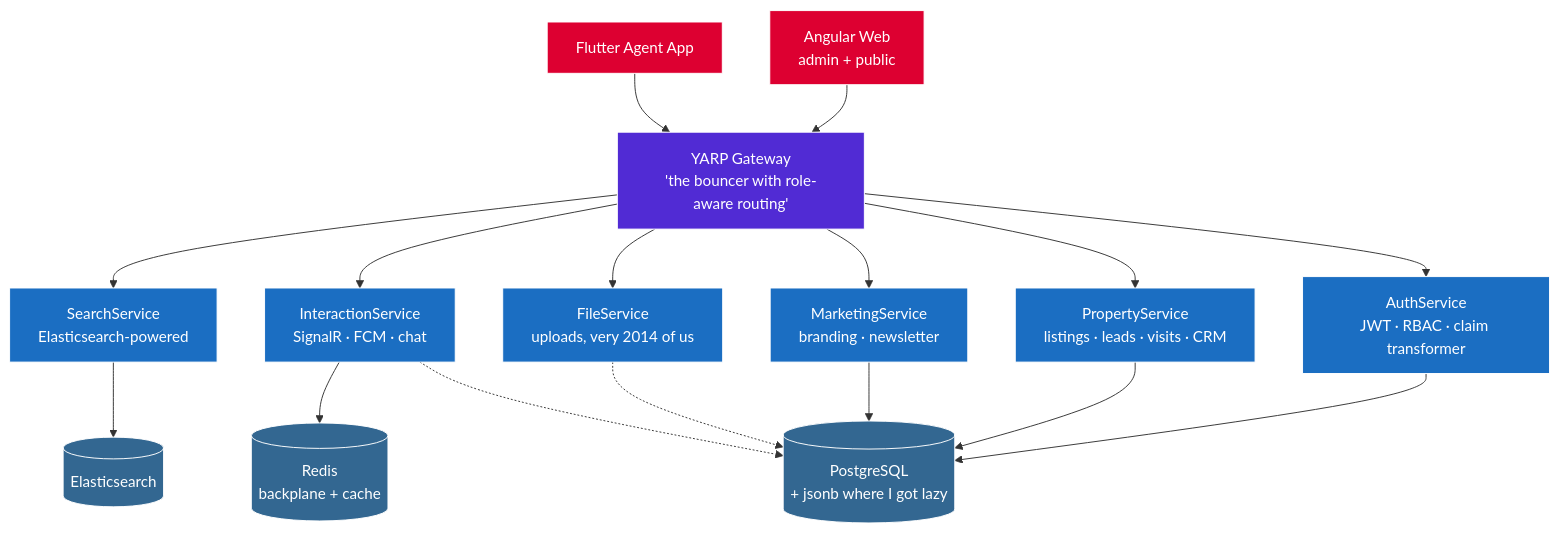
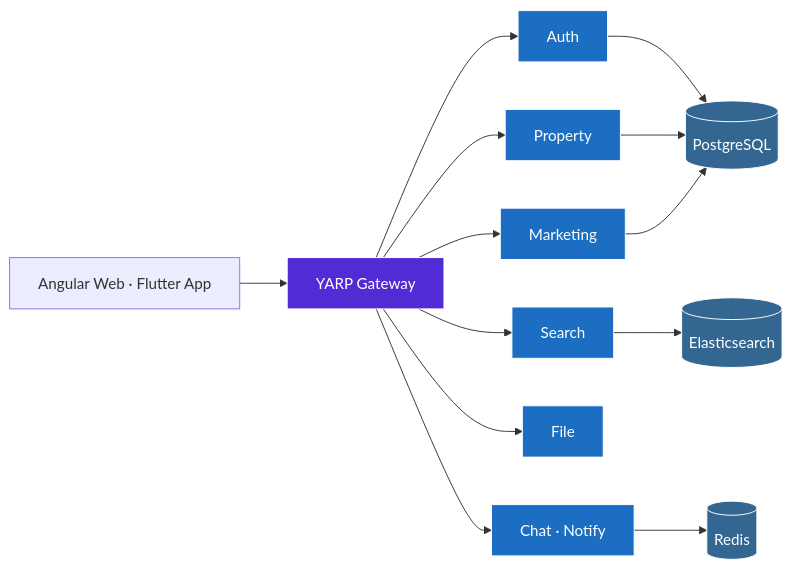
One commit to iMu21/iMu21 changed the diagram in README.md. Above: the diagram before and after it, drawn with Mermaid. The commit also changed other lines of this file, not shown here.

Commit message:
minimalist rewrite — one hero, one work table, one diagram, one connect row

````diff
--- a/README.md
+++ b/README.md
@@ -152,45 +32,20 @@
 ```mermaid
-flowchart TB
-    Web["Angular Web<br/>admin + public"]
-    Mobile["Flutter Agent App"]
+flowchart LR
+    Clients["Angular Web · Flutter App"] --> Gateway["YARP Gateway"]
+    Gateway --> Auth["Auth"]
+    Gateway --> Property["Property"]
+    Gateway --> Search["Search"]
+    Gateway --> Interaction["Chat · Notify"]
+    Gateway --> File["File"]
+    Gateway --> Marketing["Marketing"]
+    Auth & Property & Marketing --> PG[(PostgreSQL)]
+    Interaction --> Redis[(Redis)]
+    Search --> ES[(Elasticsearch)]
 
-    Gateway["YARP Gateway<br/>'the bouncer with role-aware routing'"]
-
-    Auth["AuthService<br/>JWT · RBAC · claim transformer"]
-    Property["PropertyService<br/>listings · leads · visits · CRM"]
-    Search["SearchService<br/>Elasticsearch-powered"]
-    Interaction["InteractionService<br/>SignalR · FCM · chat"]
-    File["FileService<br/>uploads, very 2014 of us"]
-    Marketing["MarketingService<br/>branding · newsletter"]
-
-    PG[("PostgreSQL<br/>+ jsonb where I got lazy")]
-    Redis[("Redis<br/>backplane + cache")]
-    ES[("Elasticsearch")]
-
-    Web --> Gateway
-    Mobile --> Gateway
-
-    Gateway --> Auth
-    Gateway --> Property
-    Gateway --> Search
-    Gateway --> Interaction
-    Gateway --> File
-    Gateway --> Marketing
-
-    Auth --> PG
-    Property --> PG
-    Marketing --> PG
-    File -.-> PG
-    Interaction --> Redis
-    Interaction -.-> PG
-    Search --> ES
-
-    classDef fe fill:#DD0031,stroke:#fff,color:#fff
     classDef gw fill:#512BD4,stroke:#fff,color:#fff
     classDef svc fill:#1B6EC2,stroke:#fff,color:#fff
     classDef data fill:#336791,stroke:#fff,color:#fff
-    class Web,Mobile fe
     class Gateway gw
     class Auth,Property,Search,Interaction,File,Marketing svc
     class PG,Redis,ES data
 ```
````
